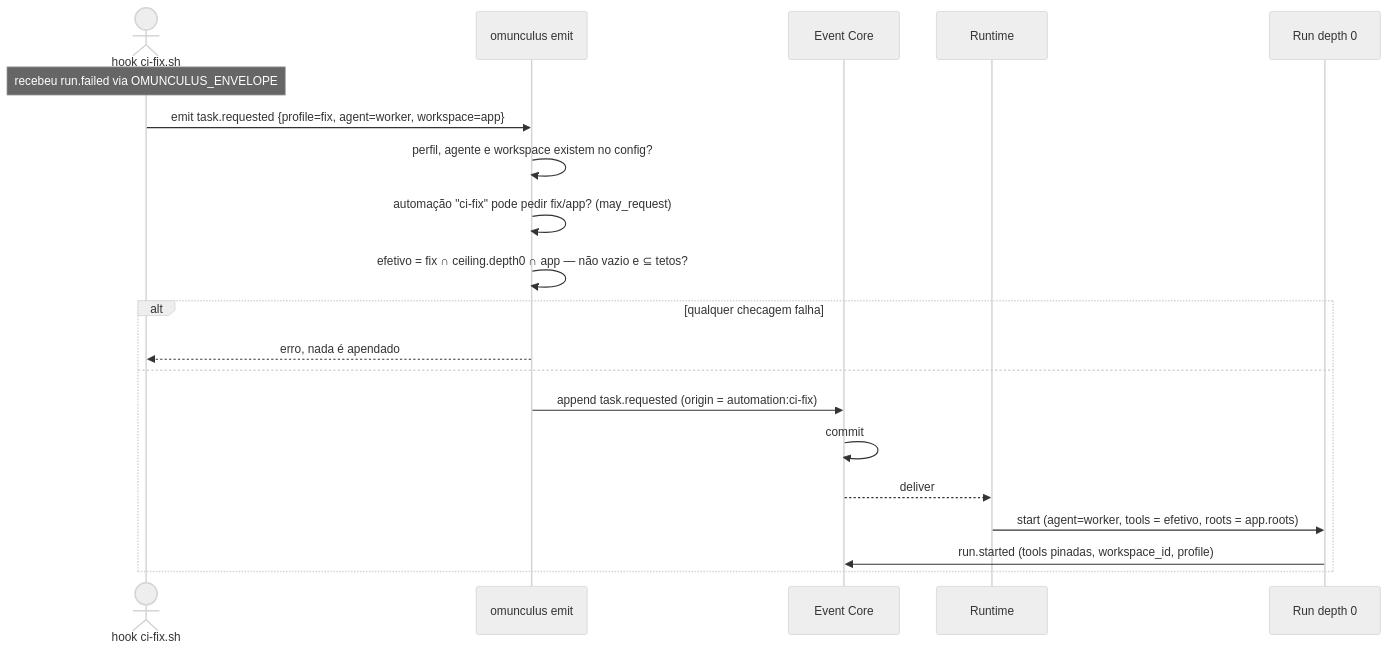
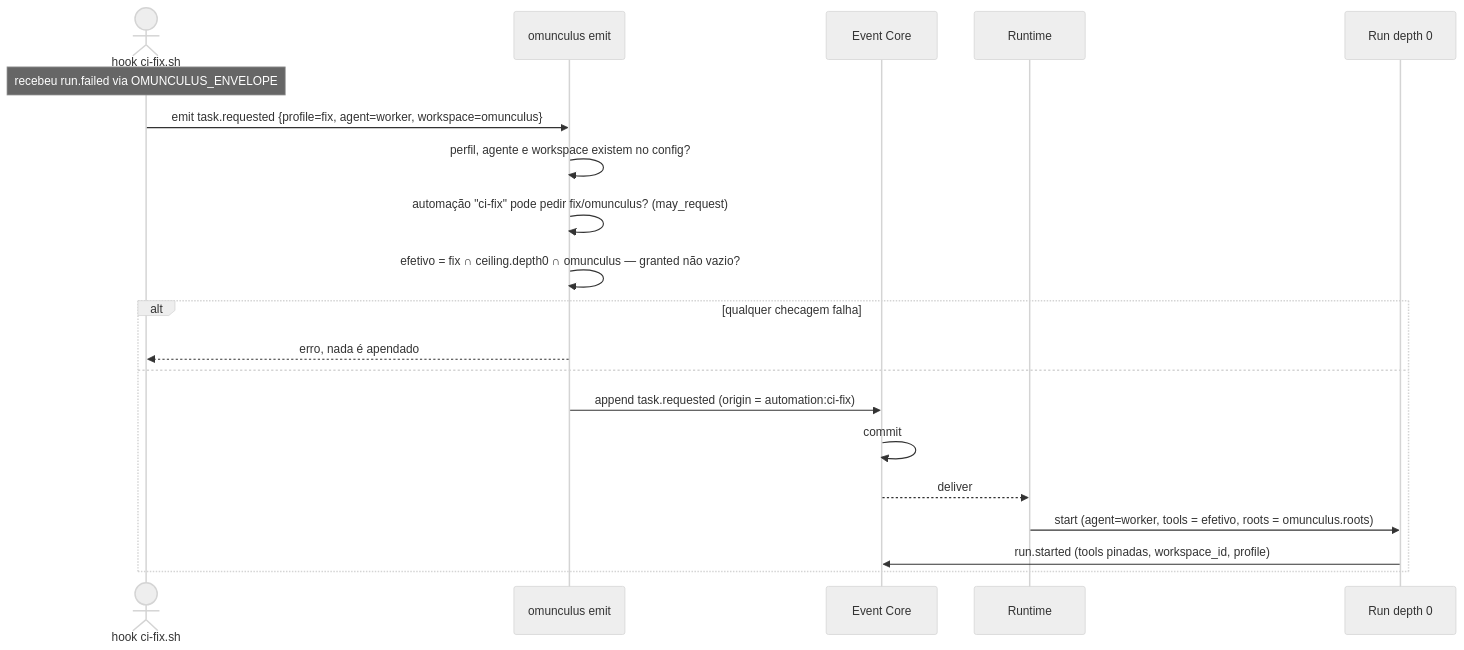
The fourth of 4 diagrams in docs/to-be/tool-policy.md (This-Is-NPC/omunculus), drawn with Mermaid (neutral theme) before and after one commit. The commit also changed other lines of this file and 1 other file, not shown here.

````diff
--- a/docs/to-be/tool-policy.md
+++ b/docs/to-be/tool-policy.md
@@ -168,23 +268,23 @@
 ```mermaid
 sequenceDiagram
     actor H as hook ci-fix.sh
     participant CLI as omunculus emit
     participant EC as Event Core
     participant RT as Runtime
     participant R as Run depth 0
 
     Note over H: recebeu run.failed via OMUNCULUS_ENVELOPE
-    H->>CLI: emit task.requested {profile=fix, agent=worker, workspace=app}
+    H->>CLI: emit task.requested {profile=fix, agent=worker, workspace=omunculus}
     CLI->>CLI: perfil, agente e workspace existem no config?
-    CLI->>CLI: automação "ci-fix" pode pedir fix/app? (may_request)
-    CLI->>CLI: efetivo = fix ∩ ceiling.depth0 ∩ app — não vazio e ⊆ tetos?
+    CLI->>CLI: automação "ci-fix" pode pedir fix/omunculus? (may_request)
+    CLI->>CLI: efetivo = fix ∩ ceiling.depth0 ∩ omunculus — granted não vazio?
     alt qualquer checagem falha
         CLI-->>H: erro, nada é apendado
     else
         CLI->>EC: append task.requested (origin = automation:ci-fix)
         EC->>EC: commit
         EC-->>RT: deliver
-        RT->>R: start (agent=worker, tools = efetivo, roots = app.roots)
+        RT->>R: start (agent=worker, tools = efetivo, roots = omunculus.roots)
         R->>EC: run.started (tools pinadas, workspace_id, profile)
     end
 ```
````
